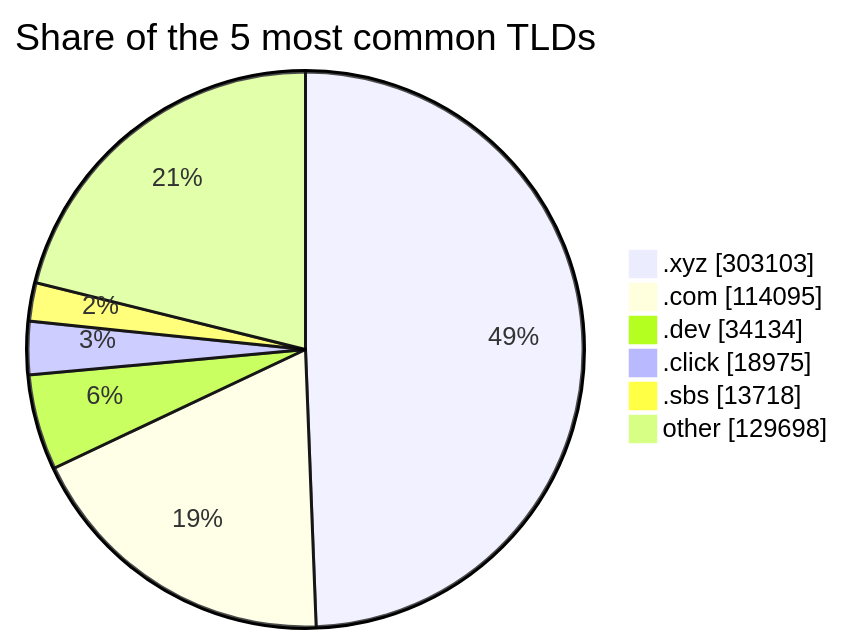
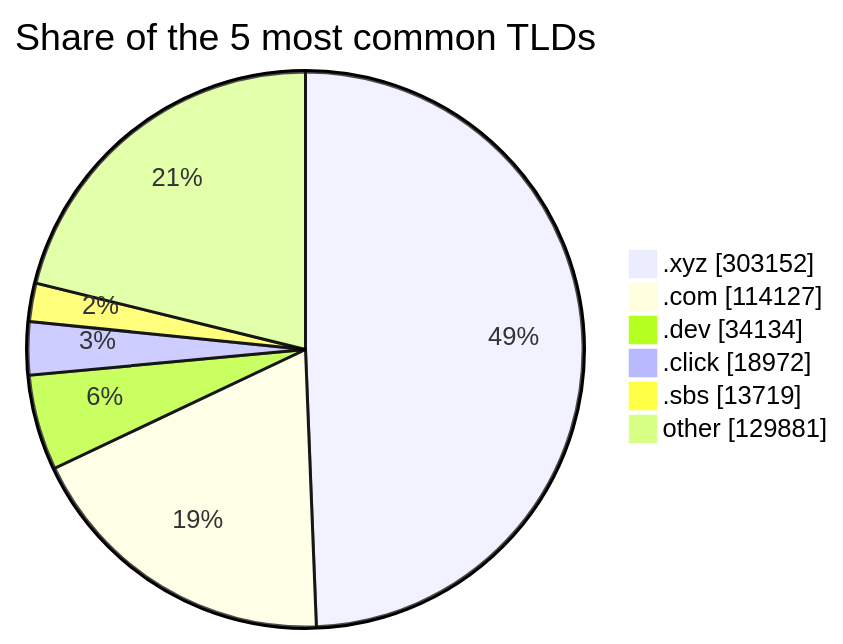
One commit to DNSBunker/CTI changed the third of 3 diagrams in README.md. Above: the diagram before and after it, drawn with Mermaid. The commit also changed other lines of this file and 3 other files, not shown here.

````diff
--- a/README.md
+++ b/README.md
@@ -81,9 +81,9 @@
 ```mermaid
 pie showData title Share of the 5 most common TLDs
-    ".xyz" : 303103
-    ".com" : 114095
+    ".xyz" : 303152
+    ".com" : 114127
     ".dev" : 34134
-    ".click" : 18975
-    ".sbs" : 13718
-    "other" : 129698
+    ".click" : 18972
+    ".sbs" : 13719
+    "other" : 129881
 ```
````
